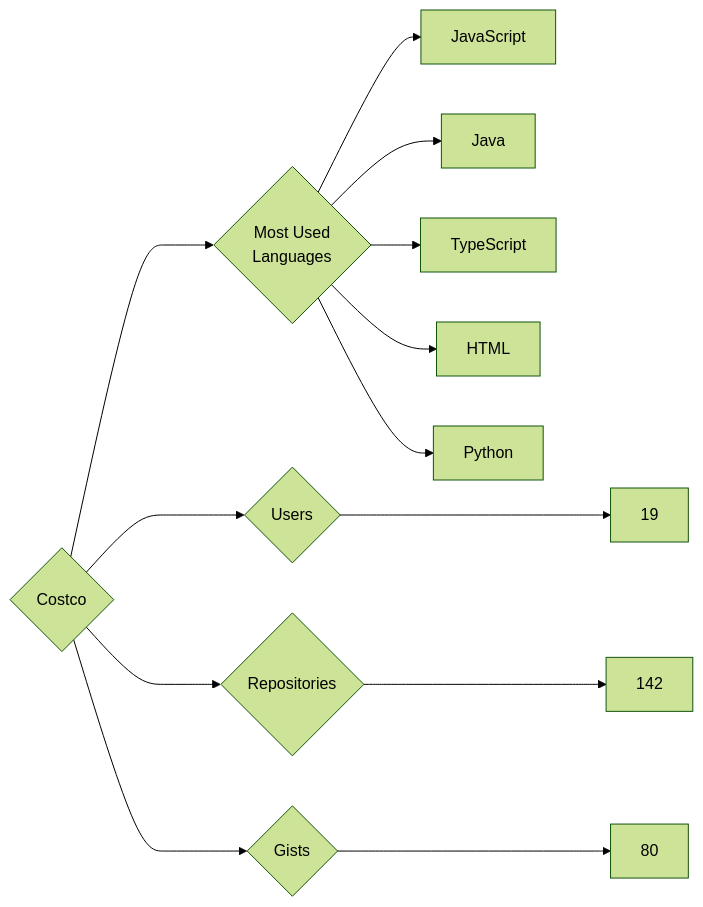
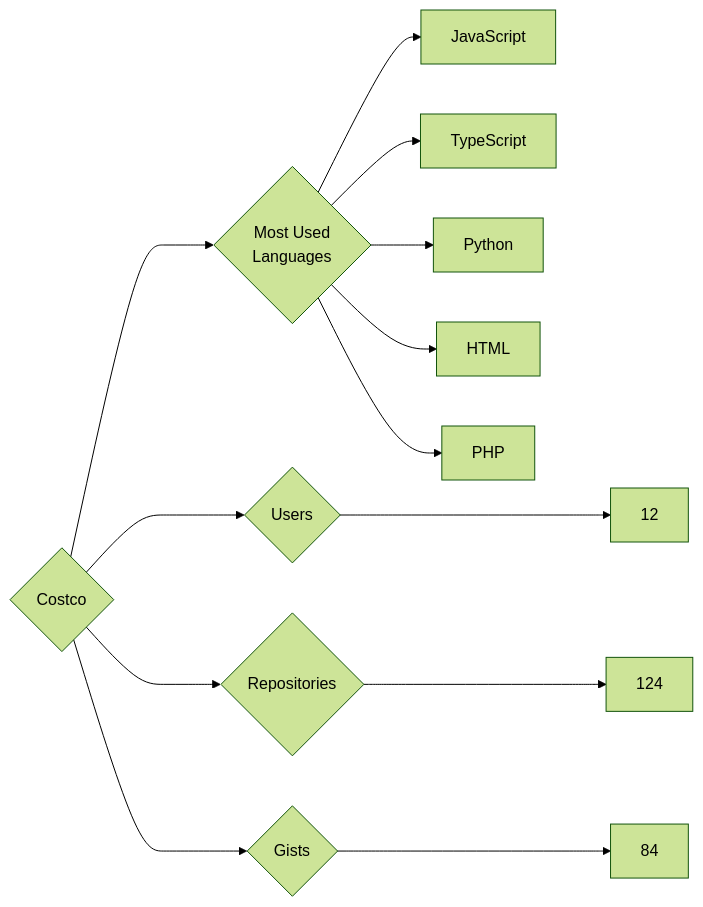
One commit to trickest/insiders changed the diagram in targets/Costco/README.md. Above: the diagram before and after it, drawn with Mermaid (forest theme). The commit also changed 657 other files, not shown here.

````diff
--- a/targets/Costco/README.md
+++ b/targets/Costco/README.md
@@ -3,13 +3,13 @@
 ```mermaid
 graph LR
 COMPANY_NAME{Costco}
-COMPANY_NAME ---> U{Users} ---> UN[19]
-COMPANY_NAME ---> R{Repositories} ---> RN[142]
-COMPANY_NAME ---> G{Gists} ---> GN[80]
+COMPANY_NAME ---> U{Users} ---> UN[12]
+COMPANY_NAME ---> R{Repositories} ---> RN[124]
+COMPANY_NAME ---> G{Gists} ---> GN[84]
 COMPANY_NAME ---> ML{Most Used<br>Languages}
 ML --> JavaScript[JavaScript]
-ML --> Java[Java]
 ML --> TypeScript[TypeScript]
+ML --> Python[Python]
 ML --> HTML[HTML]
-ML --> Python[Python]
+ML --> PHP[PHP]
 ```
````
